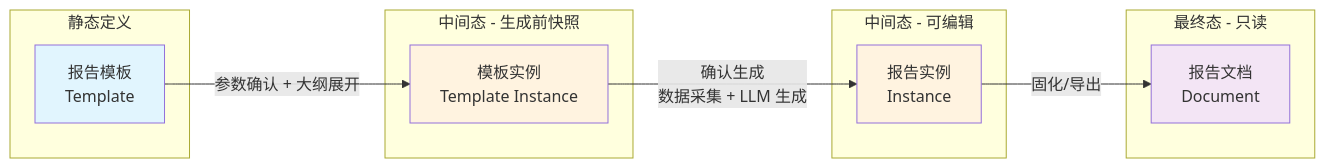
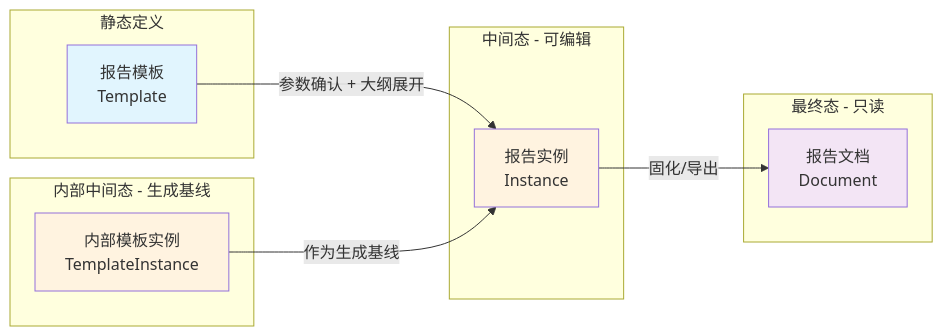
One commit to shel447/ReportSystem changed the third of 6 diagrams in design/design.md. Above: the diagram before and after it, drawn with Mermaid. The commit also changed other lines of this file and 25 other files, not shown here.

````diff
--- a/design/design.md
+++ b/design/design.md
@@ -173,27 +174,27 @@
 ```mermaid
 graph LR
-    A[报告模板<br/>Template] -->|参数确认 + 大纲展开| B[模板实例<br/>Template Instance]
-    B -->|确认生成<br/>数据采集 + LLM 生成 | C[报告实例<br/>Instance]
+    A[报告模板<br/>Template] -->|参数确认 + 大纲展开| C[报告实例<br/>Instance]
     C -->|固化/导出 | D[报告文档<br/>Document]
+    B[内部模板实例<br/>TemplateInstance] -->|作为生成基线| C
     
     style A fill:#e1f5fe
     style B fill:#fff3e0
     style C fill:#fff3e0
     style D fill:#f3e5f5
     
     subgraph 静态定义
         A
     end
     
-    subgraph 中间态 - 生成前快照
+    subgraph 内部中间态 - 生成基线
         B
     end
     
     subgraph 中间态 - 可编辑
         C
     end
 
     subgraph 最终态 - 只读
         D
     end
 ```
````
